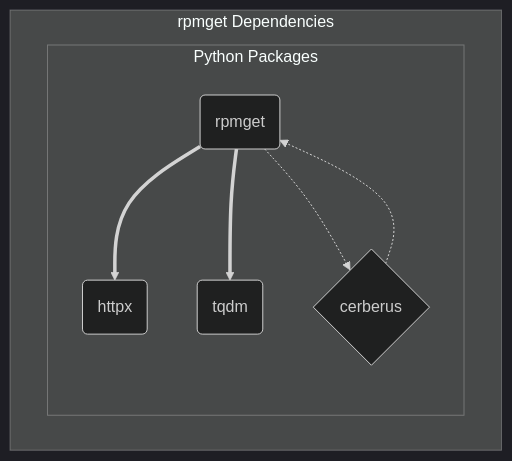
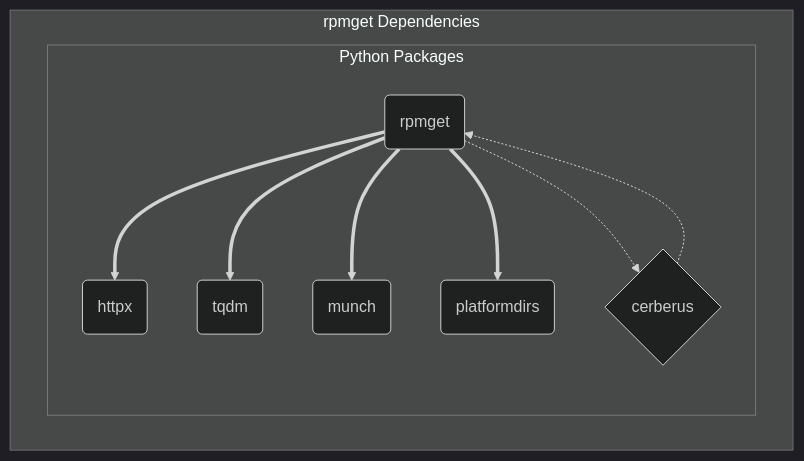
Before and after one commit to sarnold/rpmget: the diagram in docs/swd/SDD001.md, drawn with Mermaid (dark theme). The commit also changed other lines of this file and 16 other files, not shown here.

````diff
--- a/docs/swd/SDD001.md
+++ b/docs/swd/SDD001.md
@@ -46,14 +39,16 @@
 ```mermaid
   graph TB
     subgraph id1[rpmget Dependencies]
       subgraph id2[Python Packages]
         A(rpmget)
         B(httpx)
         C(tqdm)
         D{cerberus}
+        E(munch)
+        F(platformdirs)
       end
     end
-    A ==> B & C
+    A ==> B & C & E & F
     A -.-> D
     D -.-> A
 ```
````
